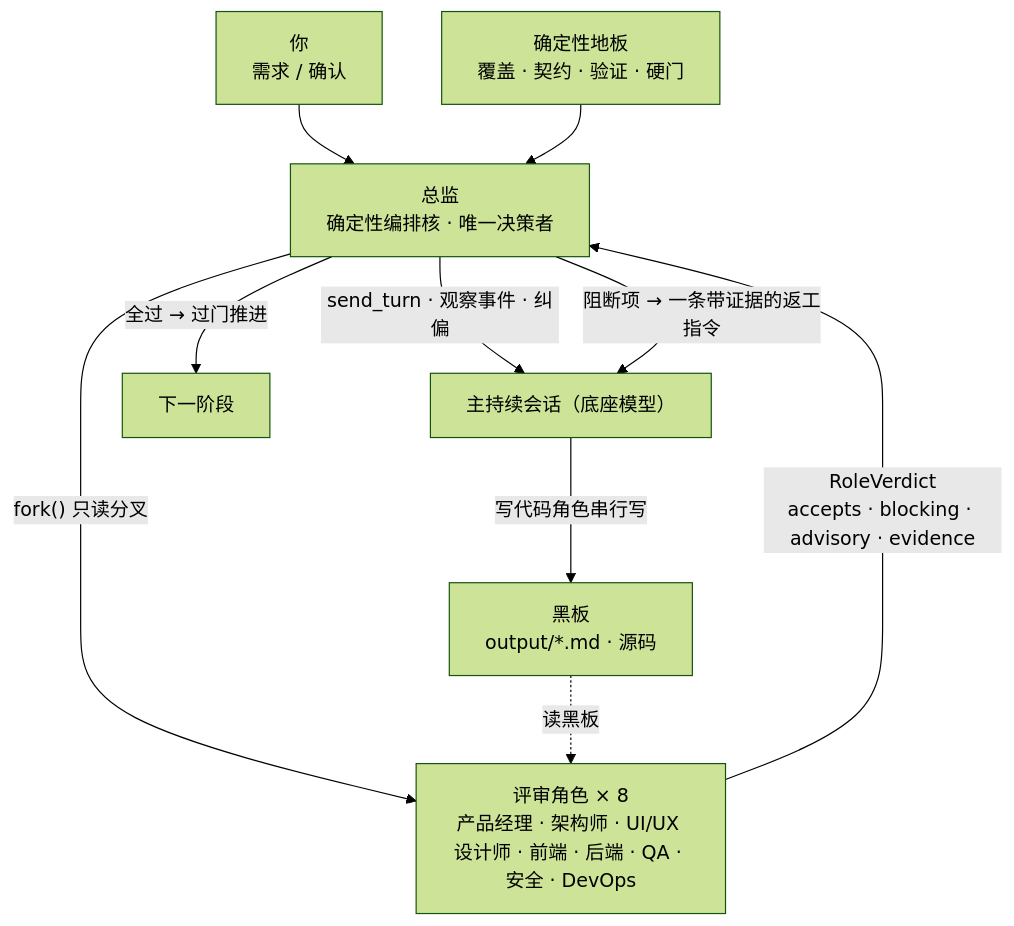
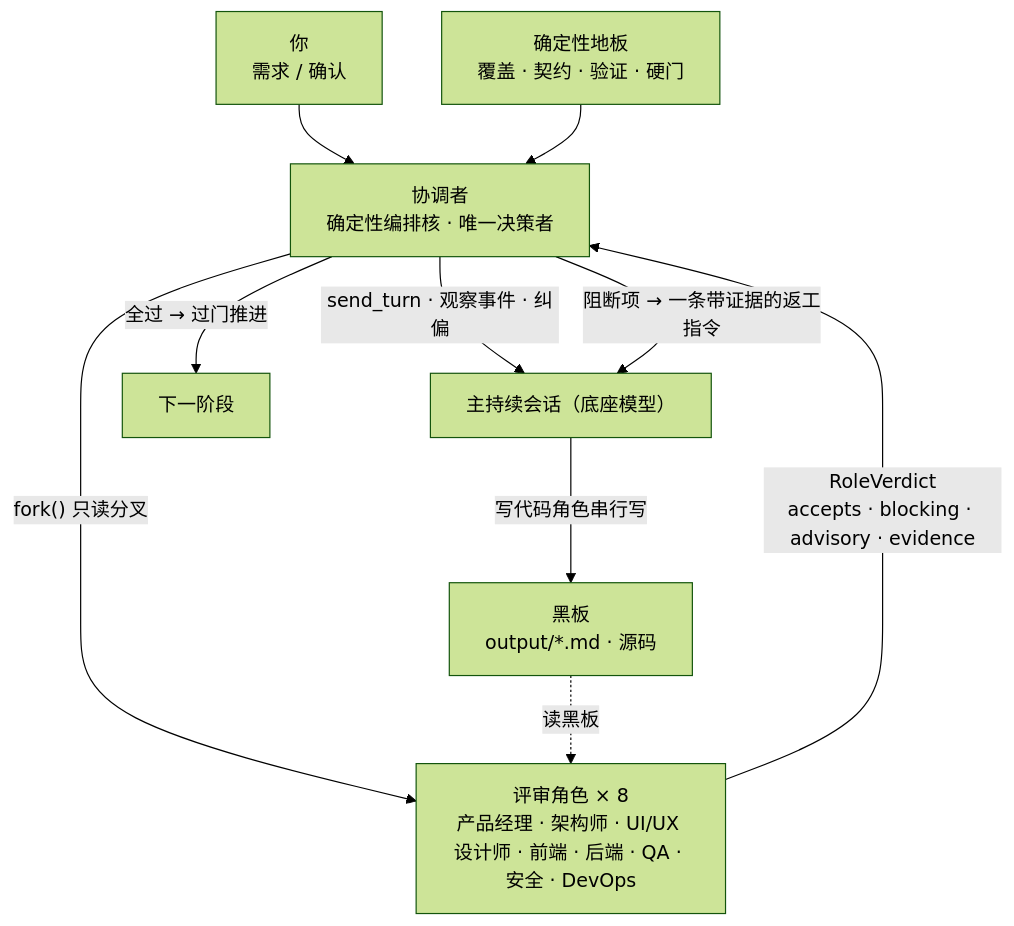
One commit to vincentke1117/umadev changed the fourth of 8 diagrams in README.zh-CN.md. Above: the diagram before and after it, drawn with Mermaid (forest theme). The commit also changed other lines of this file and 3 other files, not shown here.

````diff
--- a/README.zh-CN.md
+++ b/README.zh-CN.md
@@ -289,12 +304,12 @@
 ```mermaid
 flowchart TB
-    User["你<br/>需求 / 确认"] --> Director["总监<br/>确定性编排核 · 唯一决策者"]
+    User["你<br/>需求 / 确认"] --> Director["协调者<br/>确定性编排核 · 唯一决策者"]
     Director -->|"send_turn · 观察事件 · 纠偏"| Main["主持续会话（底座模型）"]
     Main -->|"写代码角色串行写"| Board["黑板<br/>output/*.md · 源码"]
     Director -->|"fork() 只读分叉"| Critics["评审角色 × 8<br/>产品经理 · 架构师 · UI/UX 设计师 · 前端 · 后端 · QA · 安全 · DevOps"]
     Board -.->|"读黑板"| Critics
     Critics -->|"RoleVerdict<br/>accepts · blocking · advisory · evidence"| Director
     Floor["确定性地板<br/>覆盖 · 契约 · 验证 · 硬门"] --> Director
     Director -->|"阻断项 → 一条带证据的返工指令"| Main
     Director -->|"全过 → 过门推进"| Next["下一阶段"]
 ```
````
